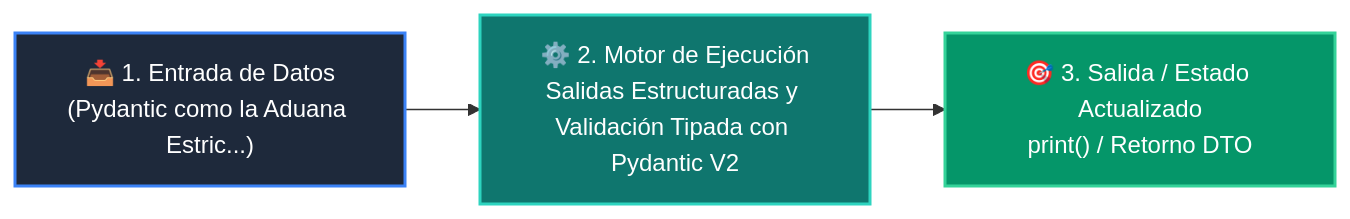
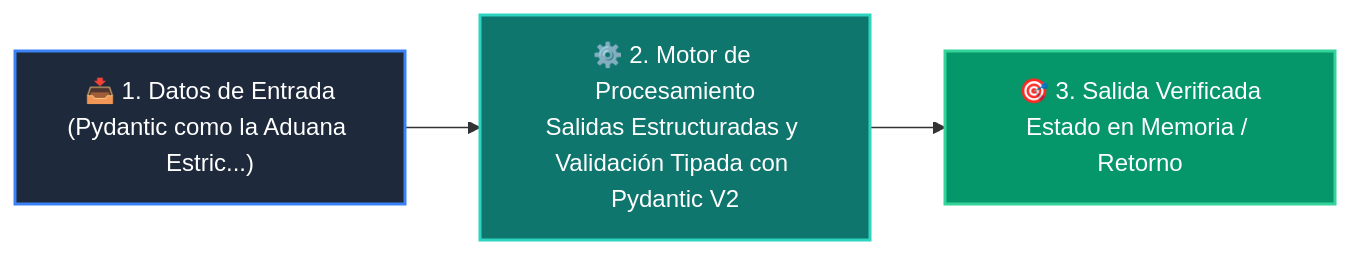
Before and after one commit to wisrovi/wisrovi-python: the diagram in 03-agentes-ia/clase-03-salidas-estructuradas-pydantic/README.md, drawn with Mermaid. The commit also changed other lines of this file and 226 other files, not shown here.

Commit message:
docs: elevate all repository READMEs to world-class mastery standard with rich pedagogical architecture, custom Mermaids, and professional styling

````diff
--- a/03-agentes-ia/clase-03-salidas-estructuradas-pydantic/README.md
+++ b/03-agentes-ia/clase-03-salidas-estructuradas-pydantic/README.md
@@ -12,9 +26,9 @@
 ```mermaid
 flowchart LR
-    A["📥 1. Entrada de Datos<br/>(Pydantic como la Aduana Estric...)"] --> B["⚙️ 2. Motor de Ejecución<br/>Salidas Estructuradas y Validación Tipada con Pydantic V2"]
-    B --> C["🎯 3. Salida / Estado Actualizado<br/>print() / Retorno DTO"]
+    IN["📥 1. Datos de Entrada<br/>(Pydantic como la Aduana Estric...)"] --> ENG["⚙️ 2. Motor de Procesamiento<br/>Salidas Estructuradas y Validación Tipada con Pydantic V2"]
+    ENG --> OUT["🎯 3. Salida Verificada<br/>Estado en Memoria / Retorno"]
 
-    style A fill:#1e293b,color:#ffffff,stroke:#3b82f6,stroke-width:2px
-    style B fill:#0f766e,color:#ffffff,stroke:#2dd4bf,stroke-width:2px
-    style C fill:#059669,color:#ffffff,stroke:#34d399,stroke-width:2px
+    style IN fill:#1e293b,color:#ffffff,stroke:#3b82f6,stroke-width:2px
+    style ENG fill:#0f766e,color:#ffffff,stroke:#2dd4bf,stroke-width:2px
+    style OUT fill:#059669,color:#ffffff,stroke:#34d399,stroke-width:2px
 ```
````
